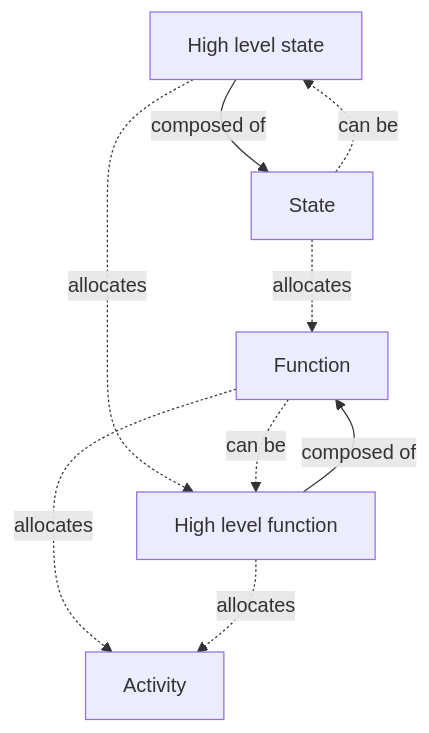
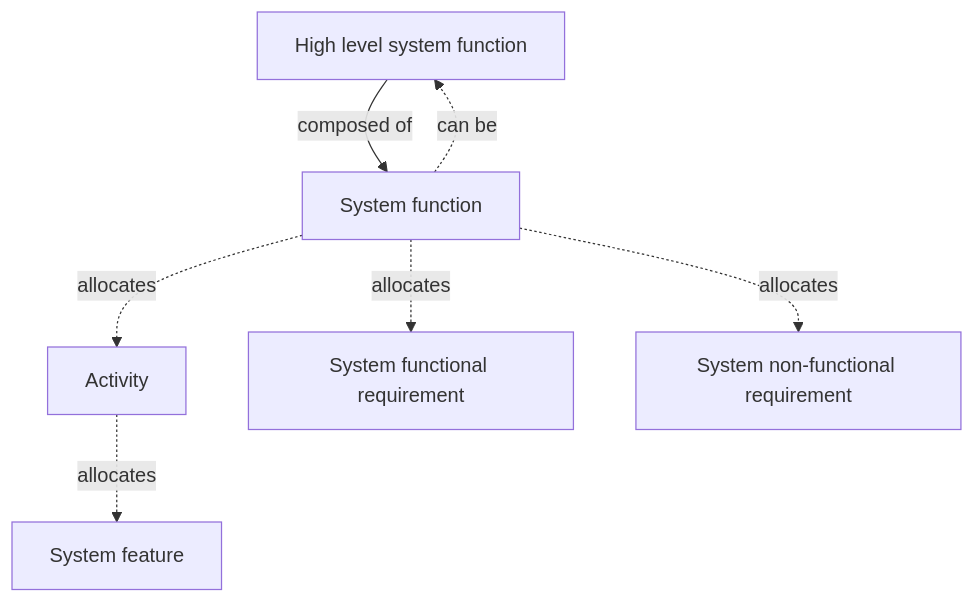
One commit to 3se-framework/3se-onto changed the tenth of 12 diagrams in glossary.md. Above: the diagram before and after it, drawn with Mermaid. The commit also changed other lines of this file, not shown here.

````diff
--- a/glossary.md
+++ b/glossary.md
@@ -3182,17 +4222,16 @@
 ```mermaid
 flowchart TD
-    N1["High level state"]
-    N2["State"]
-    N3["High level function"]
-    N4["Function"]
-    N5["Activity"]
+    N1["Activity"]
+    N2["System feature"]
+    N3["High level system function"]
+    N4["System function"]
+    N5["System functional requirement"]
+    N6["System non-functional requirement"]
 
-    N1 -->|composed of| N2
-    N1 -.->|allocates| N3
-    N2 -.->|allocates| N4
-    N2 -.->|can be| N1
+    N1 -.->|allocates| N2
+    N3 -->|composed of| N4
+    N4 -.->|allocates| N1
     N4 -.->|allocates| N5
+    N4 -.->|allocates| N6
     N4 -.->|can be| N3
-    N3 -->|composed of| N4
-    N3 -.->|allocates| N5
 ```
````
